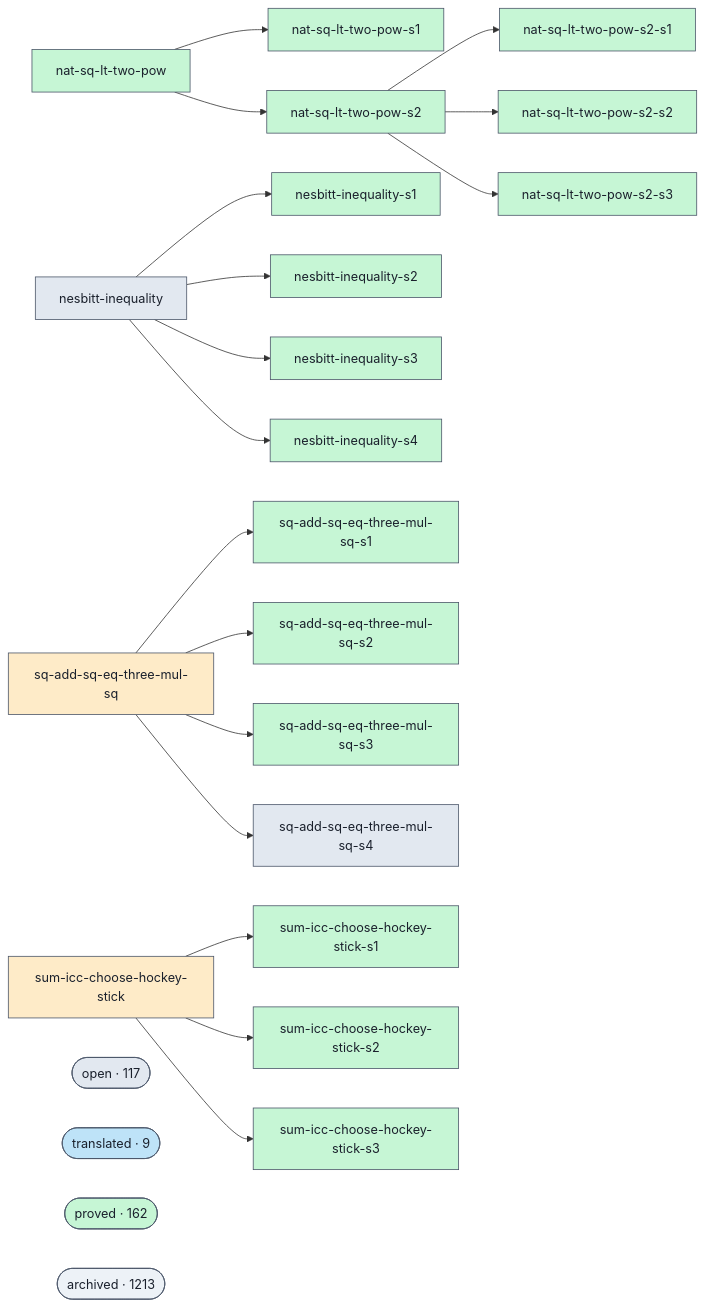
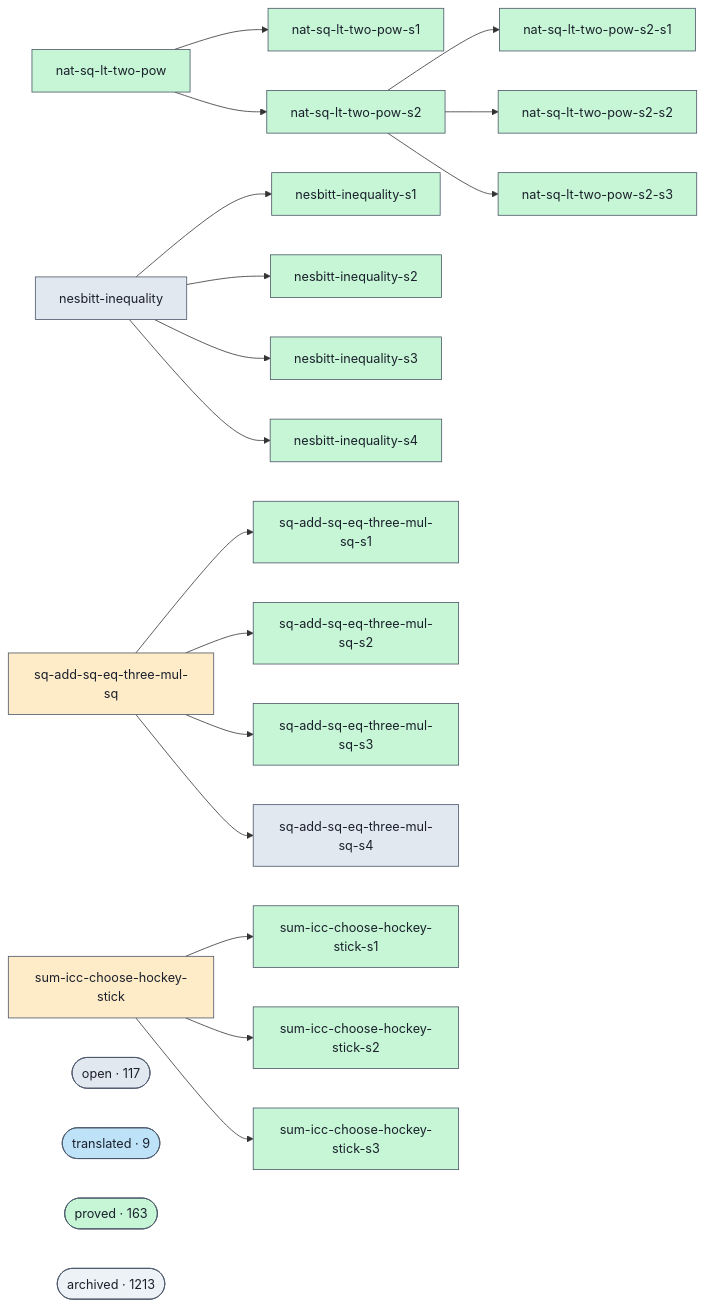
Before and after one commit to ohdearquant/unsorry: the diagram in docs/proofs-contributors-visualisation.md, drawn with Mermaid. The commit also changed other lines of this file and 2 other files, not shown here.

```diff
--- a/docs/proofs-contributors-visualisation.md
+++ b/docs/proofs-contributors-visualisation.md
@@ -102,7 +102,7 @@
   class cluster_open open;
   cluster_translated(["translated · 9"])
   class cluster_translated translated;
-  cluster_proved(["proved · 162"])
+  cluster_proved(["proved · 163"])
   class cluster_proved proved;
   cluster_archived(["archived · 1213"])
   class cluster_archived unknown;
```
